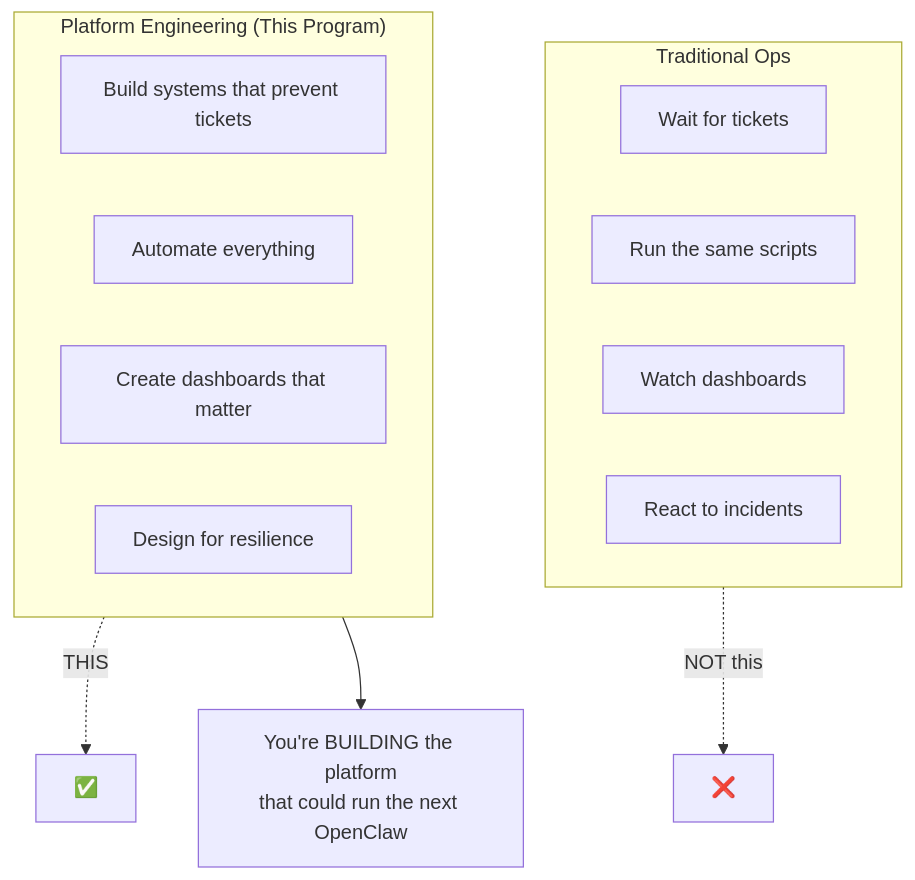
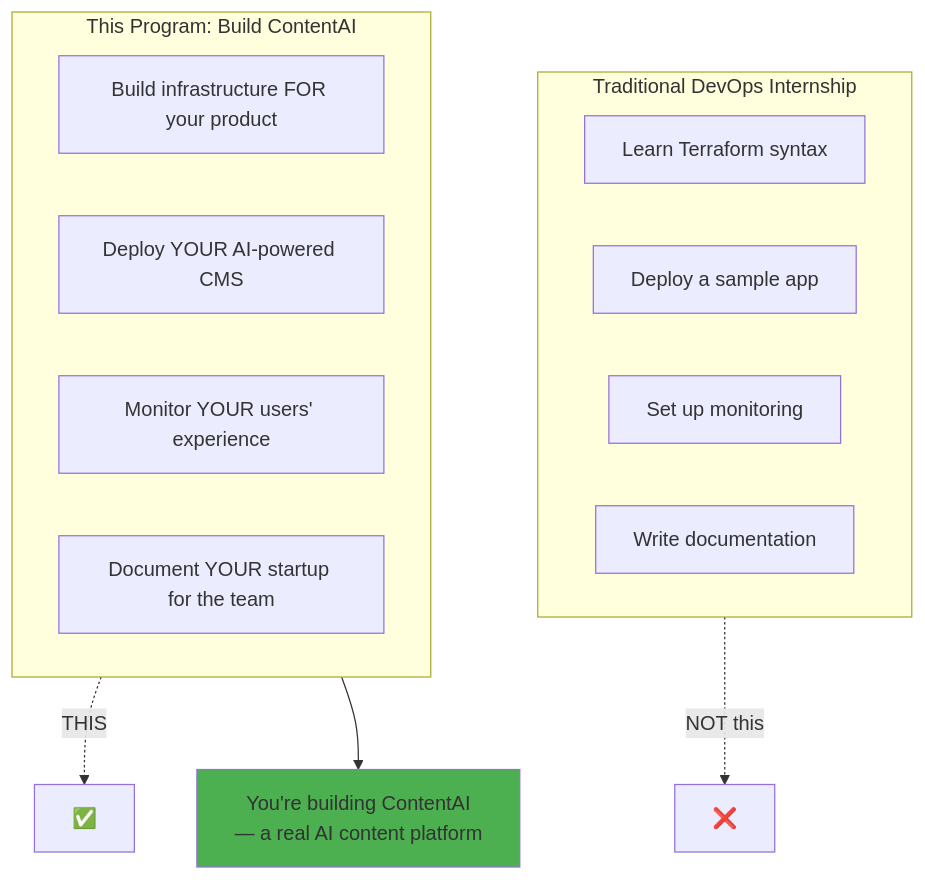
The first of 4 diagrams in DevOps/04-Internship/01-Before-You-Begin.md (PearlThoughtsInternship/Internship-Obsidian-Vault), drawn with Mermaid before and after one commit. The commit also changed other lines of this file and 4 other files, not shown here.

First line of the commit message:
Reframe all internship docs around ContentAI product narrative

````diff
--- a/DevOps/04-Internship/01-Before-You-Begin.md
+++ b/DevOps/04-Internship/01-Before-You-Begin.md
@@ -29,23 +29,25 @@
 ```mermaid
 flowchart TB
-    subgraph Traditional["Traditional Ops"]
-        T1["Wait for tickets"]
-        T2["Run the same scripts"]
-        T3["Watch dashboards"]
-        T4["React to incidents"]
+    subgraph Traditional["Traditional DevOps Internship"]
+        T1["Learn Terraform syntax"]
+        T2["Deploy a sample app"]
+        T3["Set up monitoring"]
+        T4["Write documentation"]
     end
 
-    subgraph Platform["Platform Engineering (This Program)"]
-        P1["Build systems that prevent tickets"]
-        P2["Automate everything"]
-        P3["Create dashboards that matter"]
-        P4["Design for resilience"]
+    subgraph Startup["This Program: Build ContentAI"]
+        P1["Build infrastructure FOR your product"]
+        P2["Deploy YOUR AI-powered CMS"]
+        P3["Monitor YOUR users' experience"]
+        P4["Document YOUR startup for the team"]
     end
 
     Traditional -.->|"NOT this"| X["❌"]
-    Platform -.->|"THIS"| Y["✅"]
+    Startup -.->|"THIS"| Y["✅"]
 
-    Result["You're BUILDING the platform<br/>that could run the next OpenClaw"]
+    Result["You're building ContentAI<br/>— a real AI content platform"]
 
-    Platform --> Result
+    Startup --> Result
+
+    style Result fill:#4CAF50
 ```
````
